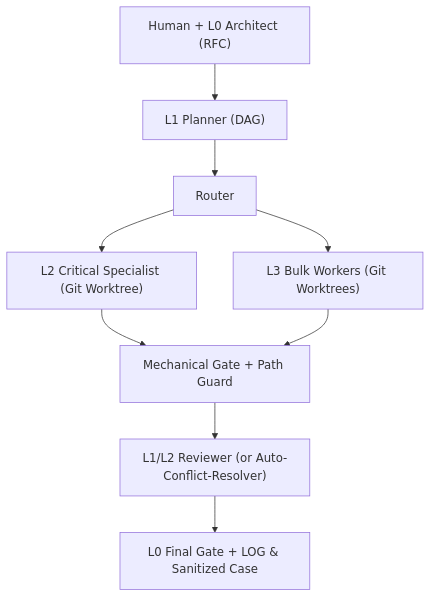
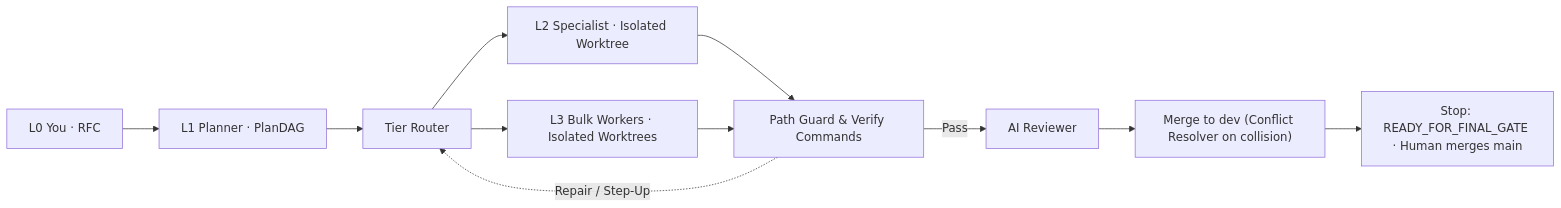
The diagram in README.md (KungerChen/VibeBaton), drawn with Mermaid before and after one commit. The commit also changed other lines of this file and 5 other files, not shown here.

````diff
--- a/README.md
+++ b/README.md
@@ -47,11 +51,13 @@
 ```mermaid
-flowchart TD
-    L0["Human + L0 Architect (RFC)"] --> L1["L1 Planner (DAG)"]
-    L1 --> Route["Router"]
-    Route --> L2["L2 Critical Specialist (Git Worktree)"]
-    Route --> L3["L3 Bulk Workers (Git Worktrees)"]
-    L2 --> Gate["Mechanical Gate + Path Guard"]
-    L3 --> Gate
-    Gate --> Review["L1/L2 Reviewer (or Auto-Conflict-Resolver)"]
-    Review --> Final["L0 Final Gate + LOG & Sanitized Case"]
+flowchart LR
+    L0["L0 You · RFC"] --> L1["L1 Planner · PlanDAG"]
+    L1 --> R["Tier Router"]
+    R --> L2["L2 Specialist · Isolated Worktree"]
+    R --> L3["L3 Bulk Workers · Isolated Worktrees"]
+    L2 --> G["Path Guard & Verify Commands"]
+    L3 --> G
+    G -->|Pass| Rev["AI Reviewer"]
+    G -.->|Repair / Step-Up| R
+    Rev --> M["Merge to dev (Conflict Resolver on collision)"]
+    M --> Final["Stop: READY_FOR_FINAL_GATE · Human merges main"]
 ```
````
